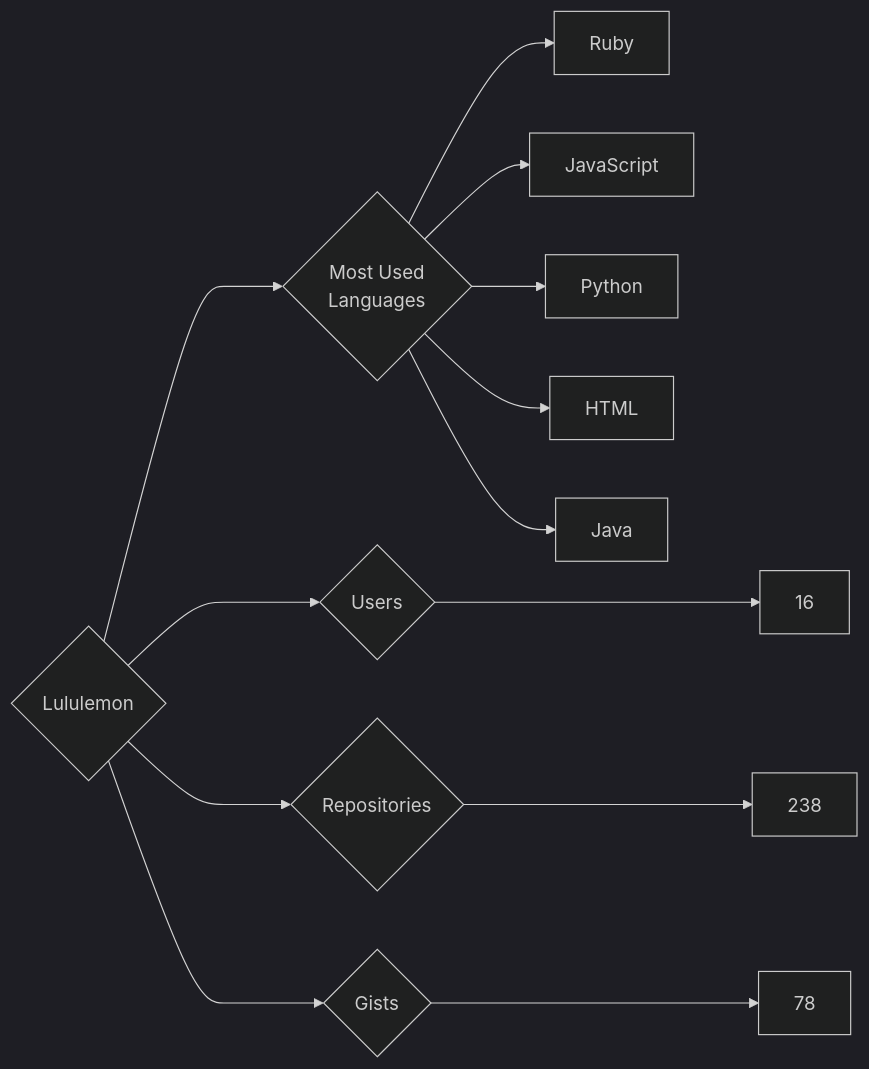
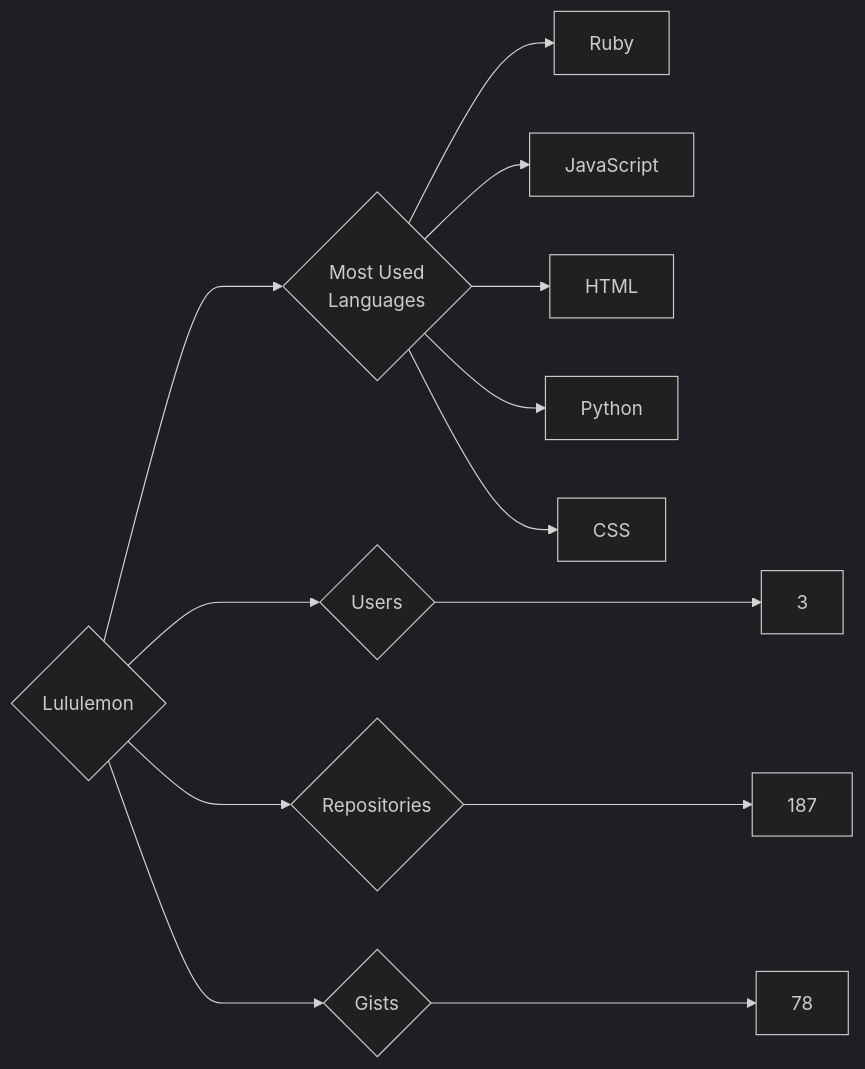
Before and after one commit to trickest/insiders: the diagram in targets/Lululemon/README.md, drawn with Mermaid (dark theme). The commit also changed 925 other files, not shown here.

````diff
--- a/targets/Lululemon/README.md
+++ b/targets/Lululemon/README.md
@@ -3,13 +3,13 @@
 ```mermaid
 graph LR
 COMPANY_NAME{Lululemon}
-COMPANY_NAME ---> U{Users} ---> UN[16]
-COMPANY_NAME ---> R{Repositories} ---> RN[238]
+COMPANY_NAME ---> U{Users} ---> UN[3]
+COMPANY_NAME ---> R{Repositories} ---> RN[187]
 COMPANY_NAME ---> G{Gists} ---> GN[78]
 COMPANY_NAME ---> ML{Most Used<br>Languages}
 ML --> Ruby[Ruby]
 ML --> JavaScript[JavaScript]
+ML --> HTML[HTML]
 ML --> Python[Python]
-ML --> HTML[HTML]
-ML --> Java[Java]
+ML --> CSS[CSS]
 ```
````
